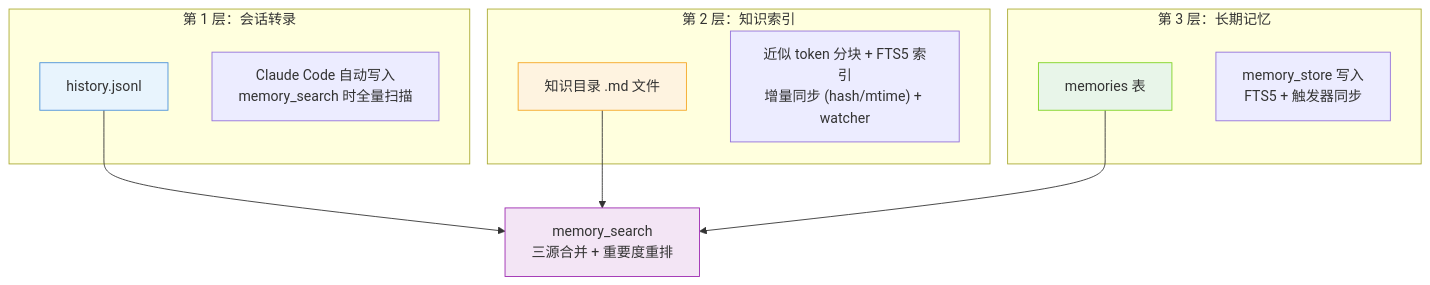
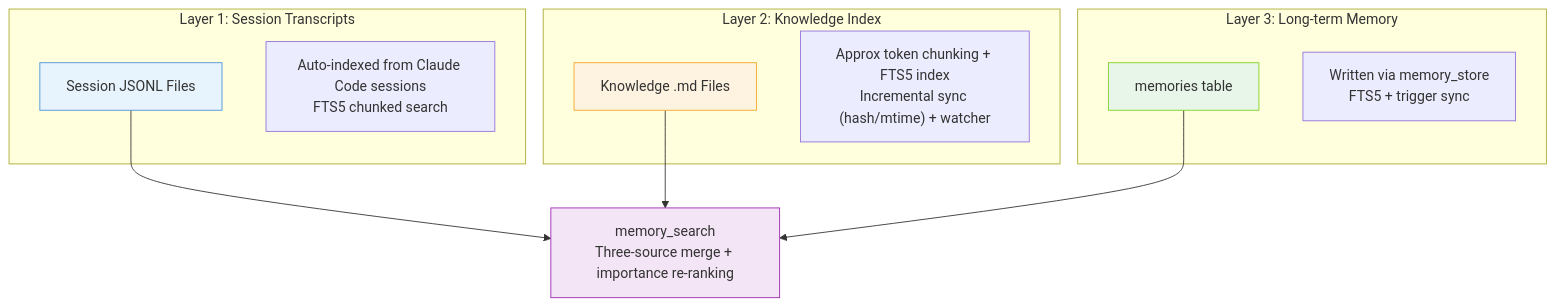
Diagram 11 of 11 in ARCHITECTURE.md (lchaoer/claudecode-oepnclaw-mem), drawn with Mermaid before and after one commit. The commit also changed other lines of this file and 2 other files, not shown here.

````diff
--- a/ARCHITECTURE.md
+++ b/ARCHITECTURE.md
@@ -348,26 +430,26 @@
 ```mermaid
 graph TD
-    subgraph "第 1 层：会话转录"
-        L1["history.jsonl"]
-        L1D["Claude Code 自动写入<br/>memory_search 时全量扫描"]
+    subgraph "Layer 1: Session Transcripts"
+        L1["Session JSONL Files"]
+        L1D["Auto-indexed from Claude Code sessions<br/>FTS5 chunked search"]
     end
 
-    subgraph "第 2 层：知识索引"
-        L2["知识目录 .md 文件"]
-        L2D["近似 token 分块 + FTS5 索引<br/>增量同步 (hash/mtime) + watcher"]
+    subgraph "Layer 2: Knowledge Index"
+        L2["Knowledge .md Files"]
+        L2D["Approx token chunking + FTS5 index<br/>Incremental sync (hash/mtime) + watcher"]
     end
 
-    subgraph "第 3 层：长期记忆"
-        L3["memories 表"]
-        L3D["memory_store 写入<br/>FTS5 + 触发器同步"]
+    subgraph "Layer 3: Long-term Memory"
+        L3["memories table"]
+        L3D["Written via memory_store<br/>FTS5 + trigger sync"]
     end
 
-    L1 --> SEARCH["memory_search<br/>三源合并 + 重要度重排"]
+    L1 --> SEARCH["memory_search<br/>Three-source merge + importance re-ranking"]
     L2 --> SEARCH
     L3 --> SEARCH
 
     style L1 fill:#e8f4fd,stroke:#4a90d9
     style L2 fill:#fef3e0,stroke:#f5a623
     style L3 fill:#e8f5e9,stroke:#7ed321
     style SEARCH fill:#f3e5f5,stroke:#9c27b0
 ```
````
